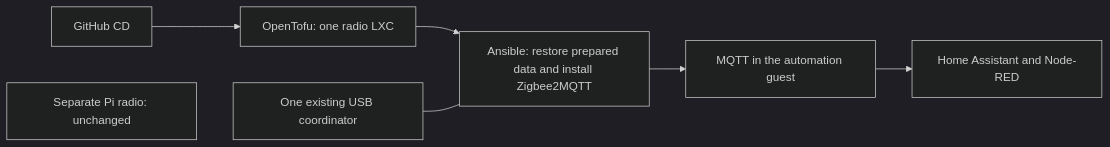
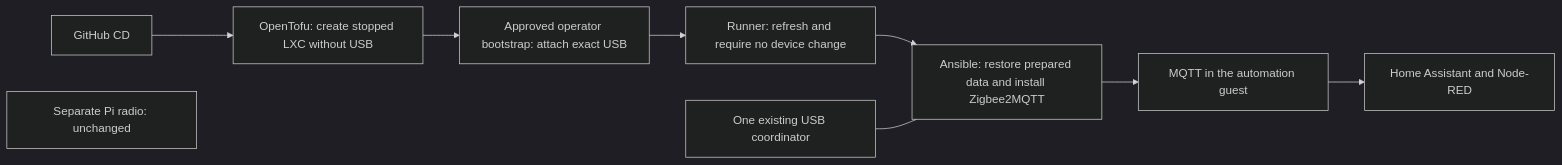
One commit to theaussiepom/homelab changed the diagram in proxmox/applications/ZIGBEE2MQTT.md. Above: the diagram before and after it, drawn with Mermaid (dark theme). The commit also changed other lines of this file and 6 other files, not shown here.

Commit message:
Split radio USB attachment from scoped guest creation

````diff
--- a/proxmox/applications/ZIGBEE2MQTT.md
+++ b/proxmox/applications/ZIGBEE2MQTT.md
@@ -15,9 +15,11 @@
 ```mermaid
 flowchart LR
-  G[GitHub CD] --> T[OpenTofu: one radio LXC]
-  T --> A[Ansible: restore prepared data and install Zigbee2MQTT]
+  G[GitHub CD] --> T[OpenTofu: create stopped LXC without USB]
+  T --> O[Approved operator bootstrap: attach exact USB]
+  O --> R[Runner: refresh and require no device change]
+  R --> A[Ansible: restore prepared data and install Zigbee2MQTT]
   U[One existing USB coordinator] --- A
   A --> M[MQTT in the automation guest]
   M --> H[Home Assistant and Node-RED]
   P[Separate Pi radio: unchanged]
 ```
````
